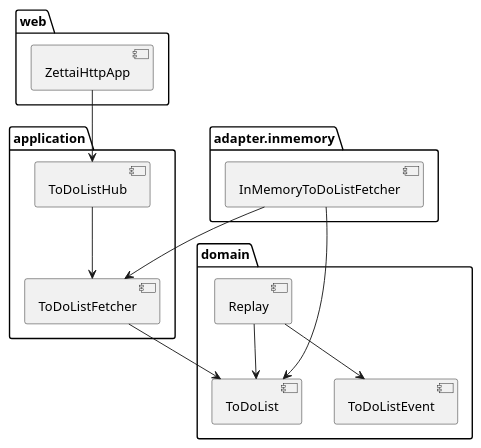
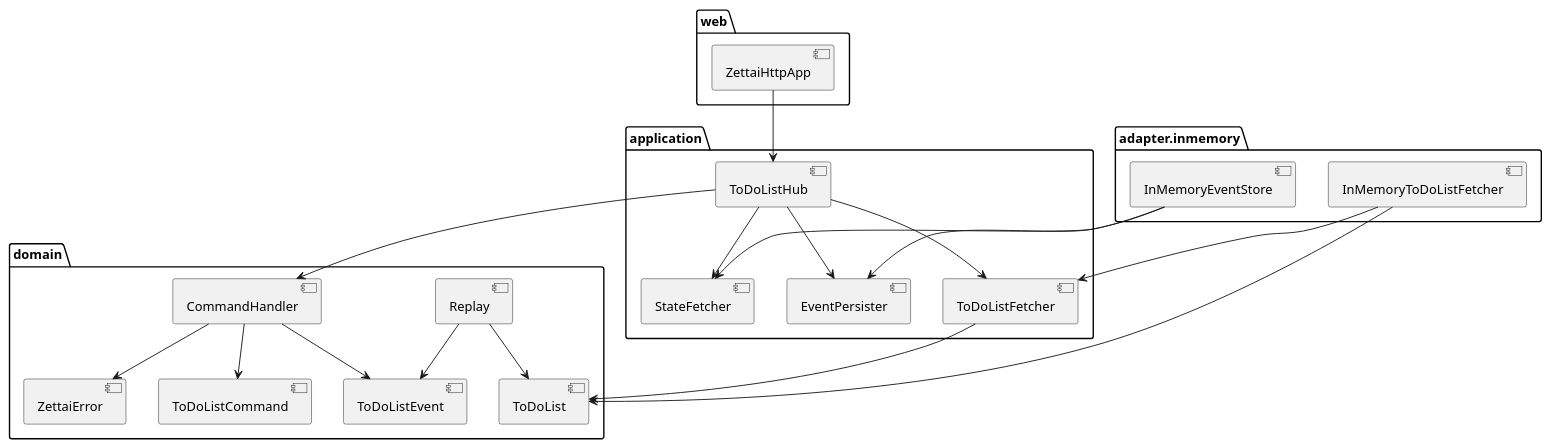
One commit to k2works/from-objects-to-functions-excersice changed the second of 2 diagrams in docs/design/architecture_backend.md. Above: the diagram before and after it, drawn with PlantUML. The commit also changed other lines of this file and 17 other files, not shown here.

````diff
--- a/docs/design/architecture_backend.md
+++ b/docs/design/architecture_backend.md
@@ -362,27 +362,41 @@
 ```plantuml
 @startuml
 package web {
   [ZettaiHttpApp]
 }
 package application {
   [ToDoListHub]
   [ToDoListFetcher]
+  [StateFetcher]
+  [EventPersister]
 }
 package adapter.inmemory {
   [InMemoryToDoListFetcher]
+  [InMemoryEventStore]
 }
 package domain {
   [ToDoList]
+  [ToDoListCommand]
   [ToDoListEvent]
+  [CommandHandler]
+  [ZettaiError]
   [Replay]
 }
 
 [ZettaiHttpApp] --> [ToDoListHub]
 [InMemoryToDoListFetcher] --> [ToDoListFetcher]
 [InMemoryToDoListFetcher] --> [ToDoList]
+[InMemoryEventStore] --> [StateFetcher]
+[InMemoryEventStore] --> [EventPersister]
 [ToDoListHub] --> [ToDoListFetcher]
+[ToDoListHub] --> [StateFetcher]
+[ToDoListHub] --> [EventPersister]
+[ToDoListHub] --> [CommandHandler]
 [ToDoListFetcher] --> [ToDoList]
+[CommandHandler] --> [ToDoListCommand]
+[CommandHandler] --> [ToDoListEvent]
+[CommandHandler] --> [ZettaiError]
 [Replay] --> [ToDoListEvent]
 [Replay] --> [ToDoList]
 @enduml
 ```
````
